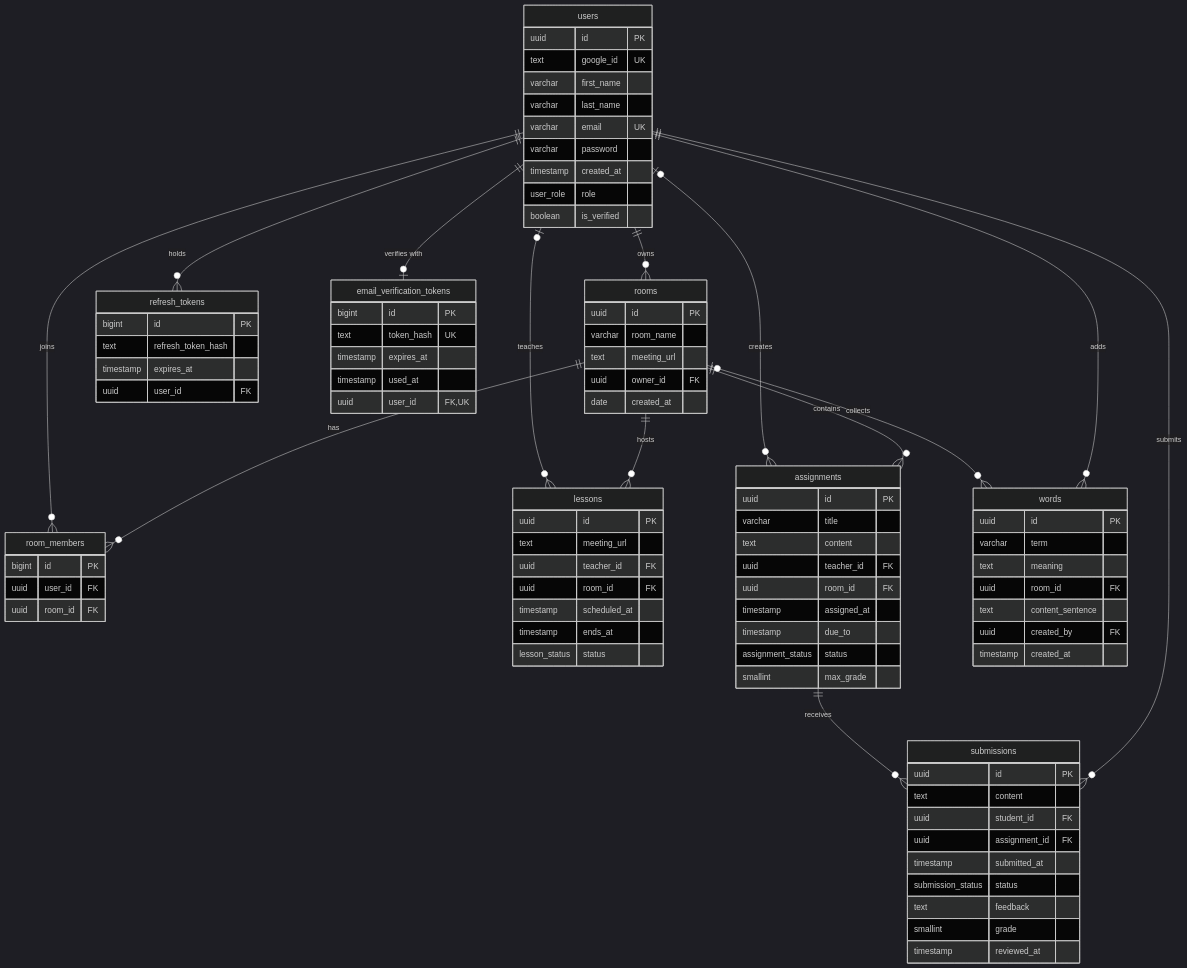
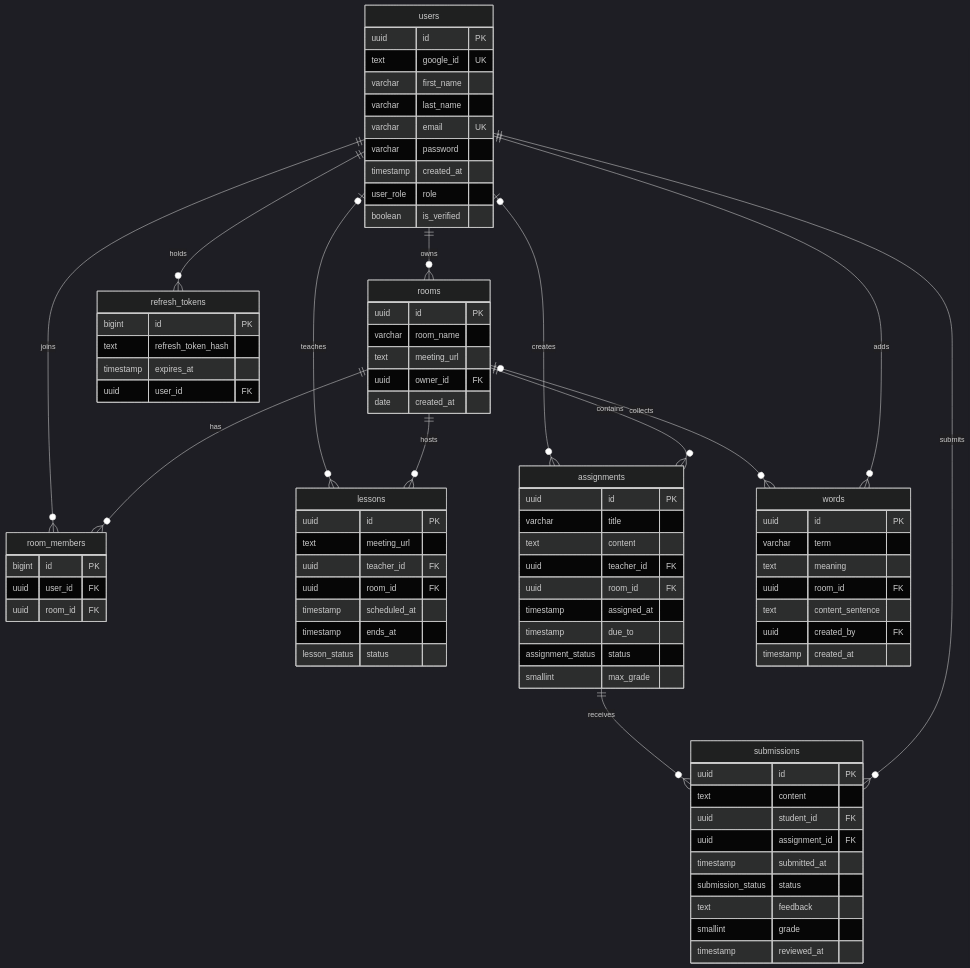
One commit to feddevv/linguistix changed the diagram in apps/api/docs/database.md. Above: the diagram before and after it, drawn with Mermaid (dark theme). The commit also changed other lines of this file, not shown here.

Commit message:
docs: update database schema

````diff
--- a/apps/api/docs/database.md
+++ b/apps/api/docs/database.md
@@ -36,7 +36,6 @@
     rooms |o--o{ words          : "collects"
     users ||--o{ words          : "adds"
     users ||--o{ refresh_tokens : "holds"
-    users ||--o| email_verification_tokens : "verifies with"
 
     users {
         uuid      id PK
@@ -114,12 +113,4 @@
         timestamp expires_at
         uuid      user_id FK
     }
-
-    email_verification_tokens {
-        bigint    id PK
-        text      token_hash UK
-        timestamp expires_at
-        timestamp used_at
-        uuid      user_id FK, UK
-    }
 ```
````
